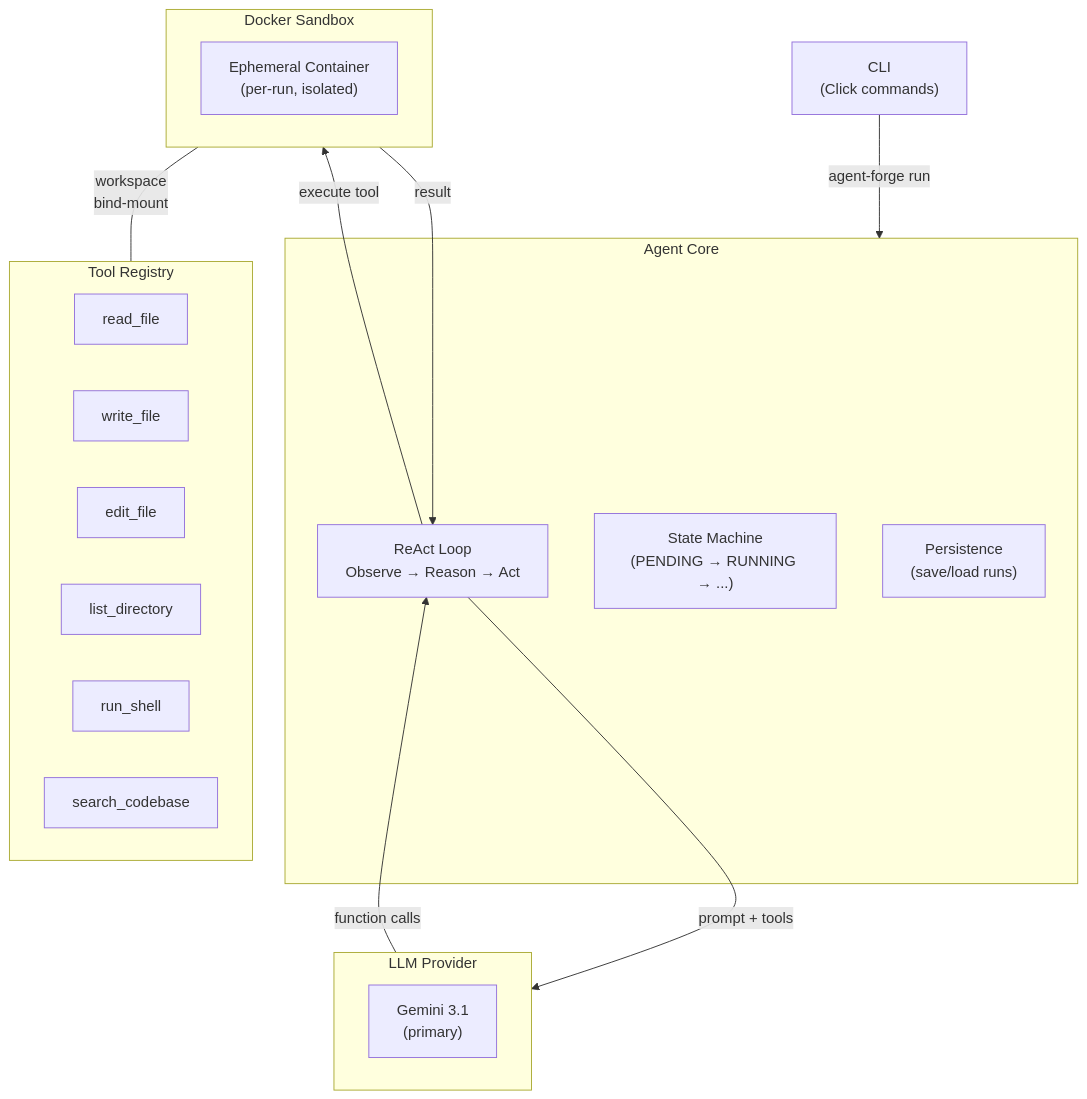
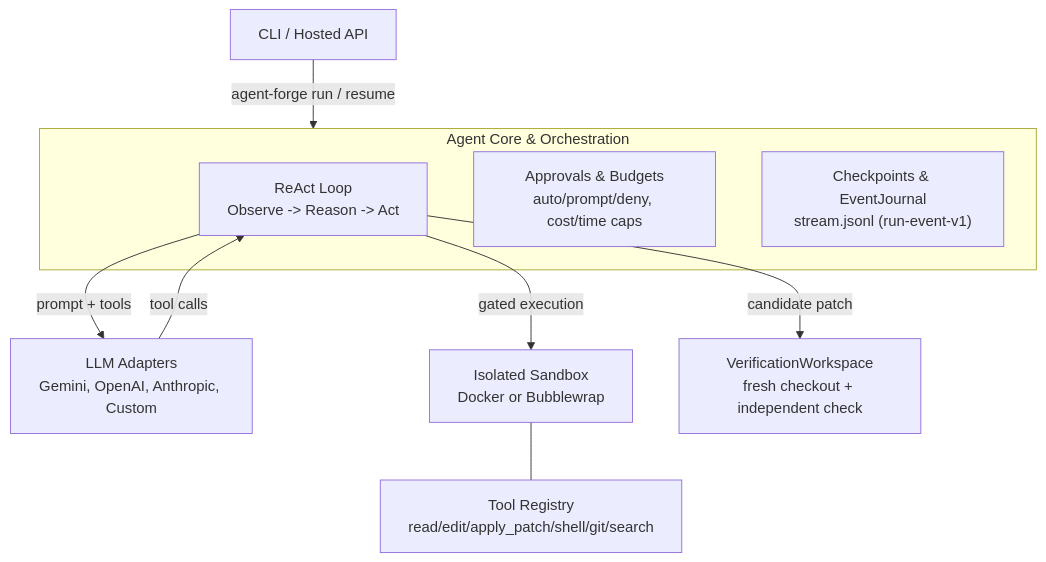
Before and after one commit to akoita/agent-forge: the diagram in README.md, drawn with Mermaid. The commit also changed other lines of this file and 2 other files, not shown here.

````diff
--- a/README.md
+++ b/README.md
@@ -17,35 +17,16 @@
 ```mermaid
 graph TD
-    CLI["CLI<br/>(Click commands)"]
-    CLI -->|"agent-forge run"| Core
+    CLI["CLI / Hosted API"] -->|"agent-forge run / resume"| Core
 
-    subgraph Core["Agent Core"]
-        Loop["ReAct Loop<br/>Observe → Reason → Act"]
-        State["State Machine<br/>(PENDING → RUNNING → ...)"]
-        Persist["Persistence<br/>(save/load runs)"]
+    subgraph Core["Agent Core & Orchestration"]
+        Loop["ReAct Loop<br/>Observe -> Reason -> Act"]
+        Safety["Approvals & Budgets<br/>auto/prompt/deny, cost/time caps"]
+        Persist["Checkpoints & EventJournal<br/>stream.jsonl (run-event-v1)"]
     end
 
-    Loop -->|"prompt + tools"| LLM
-    LLM -->|"function calls"| Loop
-    Loop -->|"execute tool"| Sandbox
-    Sandbox -->|"result"| Loop
-
-    subgraph LLM["LLM Provider"]
-        Gemini["Gemini 3.1<br/>(primary)"]
-    end
-
-    subgraph Sandbox["Docker Sandbox"]
-        Docker["Ephemeral Container<br/>(per-run, isolated)"]
-    end
-
-    subgraph Tools["Tool Registry"]
-        read_file
-        write_file
-        edit_file
-        list_directory
-        run_shell
-        search_codebase
-    end
-
-    Sandbox ---|"workspace<br/>bind-mount"| Tools
+    Loop -->|"prompt + tools"| LLM["LLM Adapters<br/>Gemini, OpenAI, Anthropic, Custom"]
+    LLM -->|"tool calls"| Loop
+    Loop -->|"gated execution"| Sandbox["Isolated Sandbox<br/>Docker or Bubblewrap"]
+    Sandbox --- Tools["Tool Registry<br/>read/edit/apply_patch/shell/git/search"]
+    Loop -->|"candidate patch"| Verify["VerificationWorkspace<br/>fresh checkout + independent check"]
 ```
````
